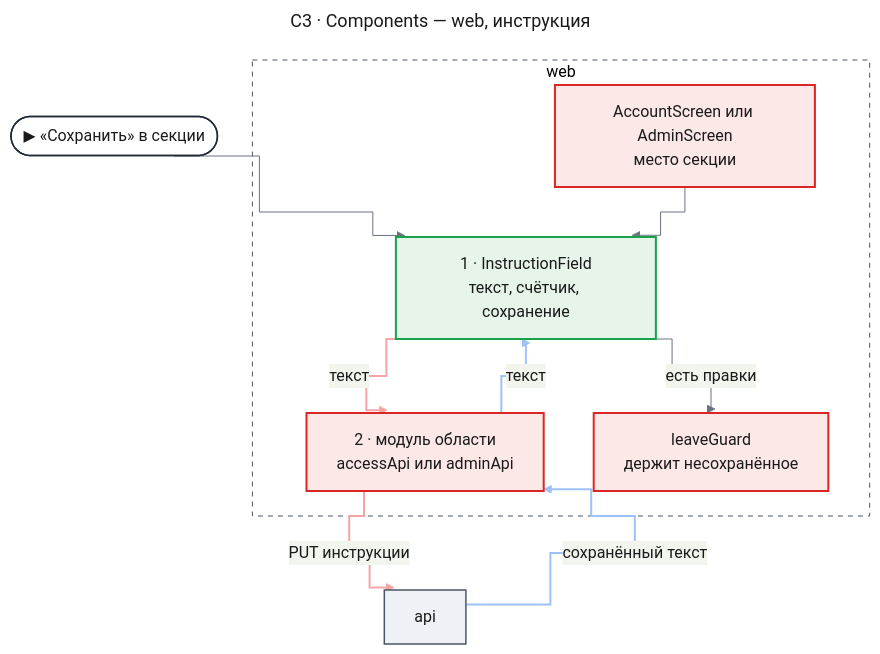
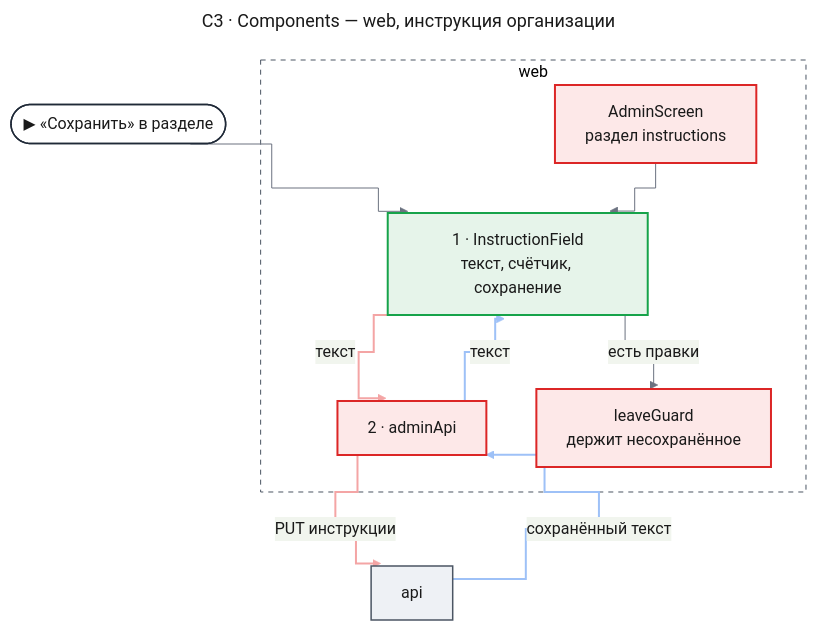
The third of 9 diagrams in docs/features/agent-guidance/design-web.md (tundraray/agent-os), drawn with Mermaid before and after one commit. The commit also changed other lines of this file, not shown here.

Commit message:
docs: personal instructions card in the agent guidance web design

````diff
--- a/docs/features/agent-guidance/design-web.md
+++ b/docs/features/agent-guidance/design-web.md
@@ -241,51 +263,51 @@
 ```mermaid
 ---
-title: "C3 · Components — web, инструкция"
+title: "C3 · Components — web, инструкция организации"
 config:
   theme: base
   look: classic
   themeVariables:
     primaryColor: "#eef1f5"
     primaryBorderColor: "#4b5563"
     primaryTextColor: "#1a1a1a"
     lineColor: "#6b7280"
   flowchart:
     curve: step
   themeCSS: |
     @keyframes lit_wi{0%,22.5%{stroke:#991b1b;stroke-width:6px}25%,100%{stroke:#f4a5a5;stroke-width:2px}}
     @keyframes litr_wi{0%,22.5%{stroke:#1d4ed8;stroke-width:6px}25%,100%{stroke:#9ec1f7;stroke-width:2px}}
 ---
 flowchart TB
-    entry(["▶ «Сохранить» в секции"])
+    entry(["▶ «Сохранить» в разделе"])
     subgraph webbox["web"]
-        page["AccountScreen или AdminScreen<br/>место секции"]
+        page["AdminScreen<br/>раздел instructions"]
         field["1 · InstructionField<br/>текст, счётчик, сохранение"]
-        area["2 · модуль области<br/>accessApi или adminApi"]
+        area["2 · adminApi"]
         guard["leaveGuard<br/>держит несохранённое"]
     end
     api["api"]
     entry --> field
     page --> field
     field -->|"есть правки"| guard
     field e1@-->|"текст"| area
     area e2@-->|"PUT инструкции"| api
     api e3@-->|"сохранённый текст"| area
     area e4@-->|"текст"| field
     classDef entry fill:#ffffff,stroke:#1f2937,stroke-width:1.5px,color:#1a1a1a
     classDef changed fill:#fde8e8,stroke:#dc2626,stroke-width:2px,color:#1a1a1a
     classDef new fill:#e6f4ea,stroke:#16a34a,stroke-width:2px,color:#1a1a1a
     classDef unchanged fill:#eef1f5,stroke:#4b5563,stroke-width:1.5px,color:#1a1a1a
     classDef w1 stroke:#f4a5a5,stroke-width:2px,animation:lit_wi 4.8s linear 0s infinite
     classDef w2 stroke:#f4a5a5,stroke-width:2px,animation:lit_wi 4.8s linear 1.2s infinite
     classDef r3 stroke:#9ec1f7,stroke-width:2px,animation:litr_wi 4.8s linear 2.4s infinite
     classDef r4 stroke:#9ec1f7,stroke-width:2px,animation:litr_wi 4.8s linear 3.6s infinite
     class entry entry
     class field new
     class page,area,guard changed
     class api unchanged
     class e1 w1
     class e2 w2
     class e3 r3
     class e4 r4
     style webbox fill:none,stroke:#4b5563,stroke-dasharray:5 5
 ```
````
